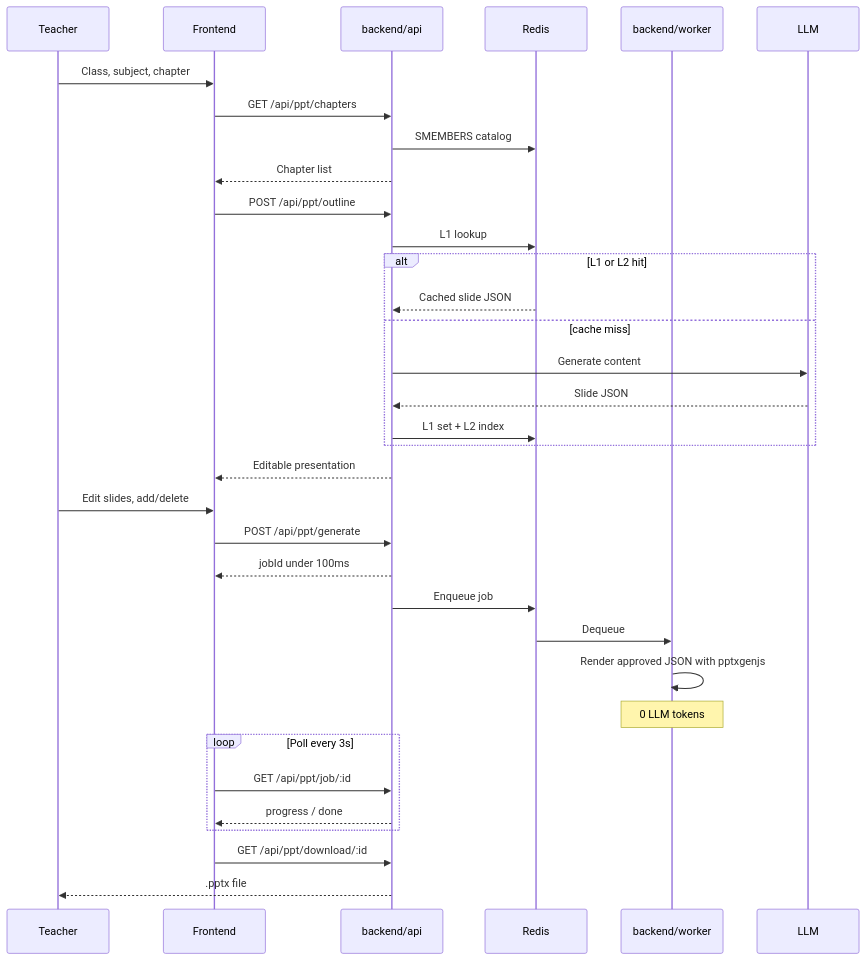
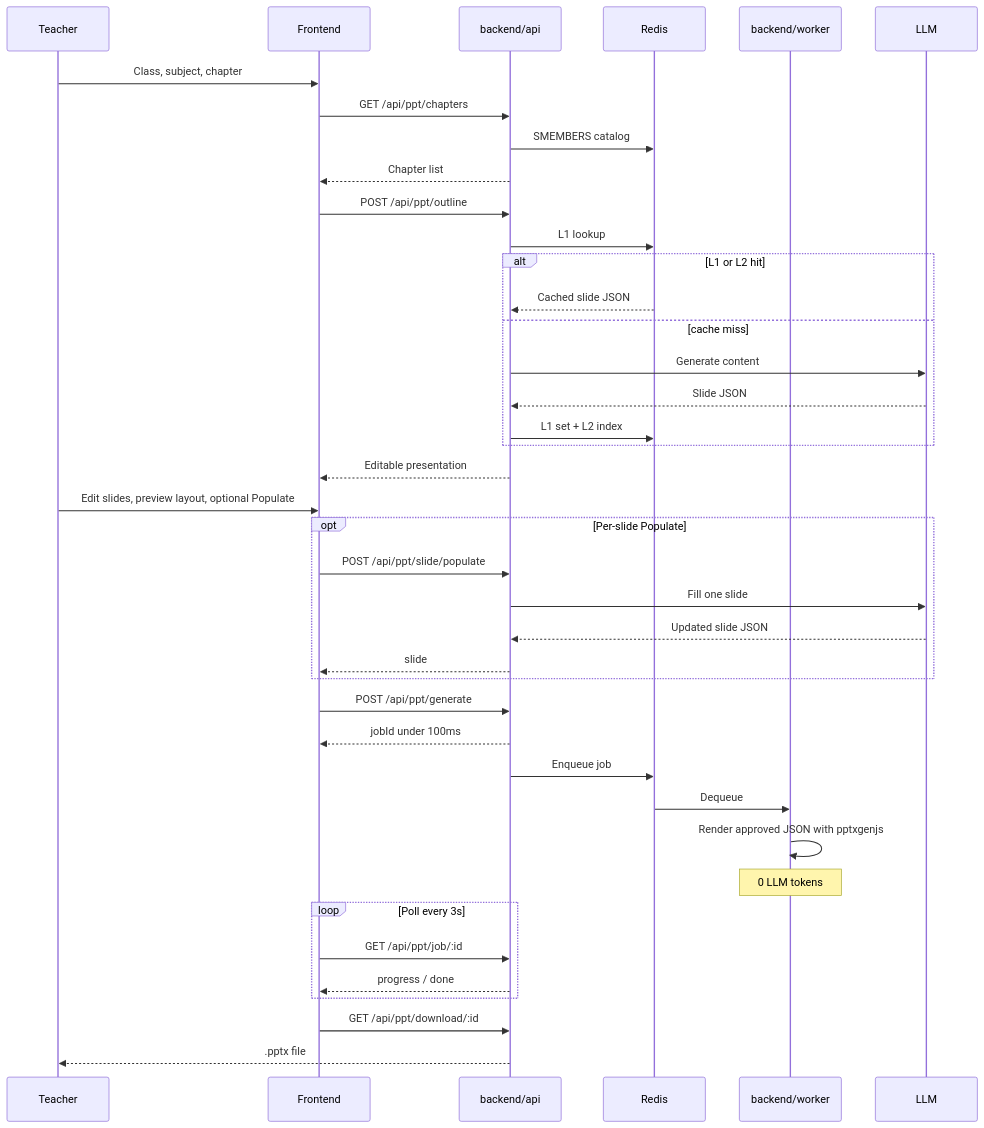
The second of 4 diagrams in architecture/diagram.md (BishalJena/savra-gen), drawn with Mermaid before and after one commit. The commit also changed other lines of this file and 44 other files, not shown here.

First line of the commit message:
Enhance PPT generation system with layout preview and per-slide population.

````diff
--- a/architecture/diagram.md
+++ b/architecture/diagram.md
@@ -56,42 +59,48 @@
 ```mermaid
 sequenceDiagram
   participant T as Teacher
   participant UI as Frontend
   participant API as backend/api
   participant R as Redis
   participant W as backend/worker
   participant LLM as LLM
 
   T->>UI: Class, subject, chapter
   UI->>API: GET /api/ppt/chapters
   API->>R: SMEMBERS catalog
   API-->>UI: Chapter list
 
   UI->>API: POST /api/ppt/outline
   API->>R: L1 lookup
   alt L1 or L2 hit
     R-->>API: Cached slide JSON
   else cache miss
     API->>LLM: Generate content
     LLM-->>API: Slide JSON
     API->>R: L1 set + L2 index
   end
   API-->>UI: Editable presentation
 
-  T->>UI: Edit slides, add/delete
+  T->>UI: Edit slides, preview layout, optional Populate
+  opt Per-slide Populate
+    UI->>API: POST /api/ppt/slide/populate
+    API->>LLM: Fill one slide
+    LLM-->>API: Updated slide JSON
+    API-->>UI: slide
+  end
   UI->>API: POST /api/ppt/generate
   API-->>UI: jobId under 100ms
 
   API->>R: Enqueue job
   R->>W: Dequeue
   W->>W: Render approved JSON with pptxgenjs
   Note over W: 0 LLM tokens
 
   loop Poll every 3s
     UI->>API: GET /api/ppt/job/:id
     API-->>UI: progress / done
   end
 
   UI->>API: GET /api/ppt/download/:id
   API-->>T: .pptx file
 ```
````
